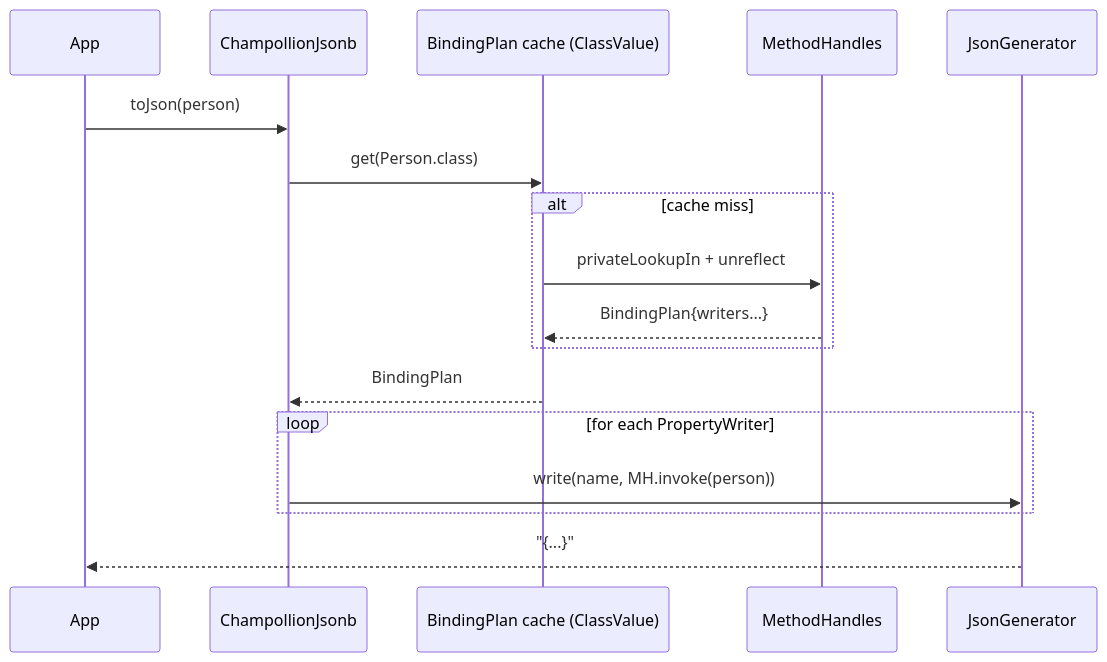
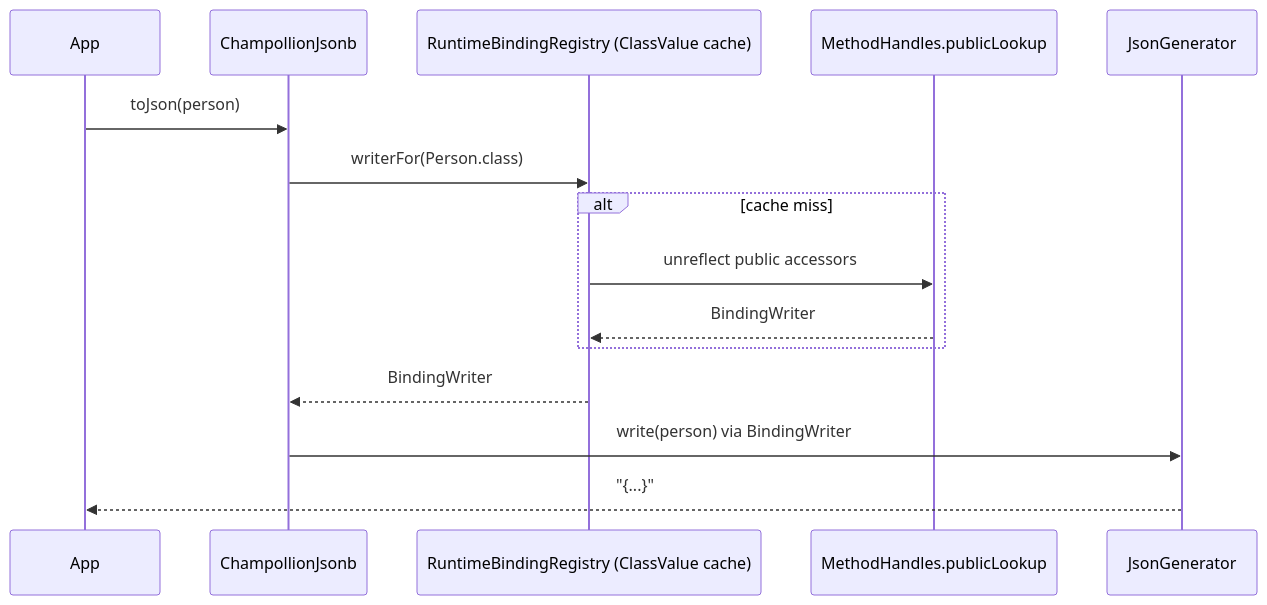
One commit to vidocq-stack/champollion changed the third of 4 diagrams in docs/en/modules/ROOT/pages/internals.adoc. Above: the diagram before and after it, drawn with Mermaid. The commit also changed other lines of this file and 7 other files, not shown here.

```diff
--- a/docs/en/modules/ROOT/pages/internals.adoc
+++ b/docs/en/modules/ROOT/pages/internals.adoc
@@ -70,21 +70,19 @@
 [mermaid]
 ....
 sequenceDiagram
     participant App
     participant Jsonb as ChampollionJsonb
-    participant Cache as BindingPlan cache (ClassValue)
-    participant MH as MethodHandles
+    participant Reg as RuntimeBindingRegistry (ClassValue cache)
+    participant MH as MethodHandles.publicLookup
     participant Gen as JsonGenerator
 
     App->>Jsonb: toJson(person)
-    Jsonb->>Cache: get(Person.class)
+    Jsonb->>Reg: writerFor(Person.class)
     alt cache miss
-        Cache->>MH: privateLookupIn + unreflect
-        MH-->>Cache: BindingPlan{writers...}
+        Reg->>MH: unreflect public accessors
+        MH-->>Reg: BindingWriter
     end
-    Cache-->>Jsonb: BindingPlan
-    loop for each PropertyWriter
-        Jsonb->>Gen: write(name, MH.invoke(person))
-    end
+    Reg-->>Jsonb: BindingWriter
+    Jsonb->>Gen: write(person) via BindingWriter
     Gen-->>App: "{...}"
 ....
```
